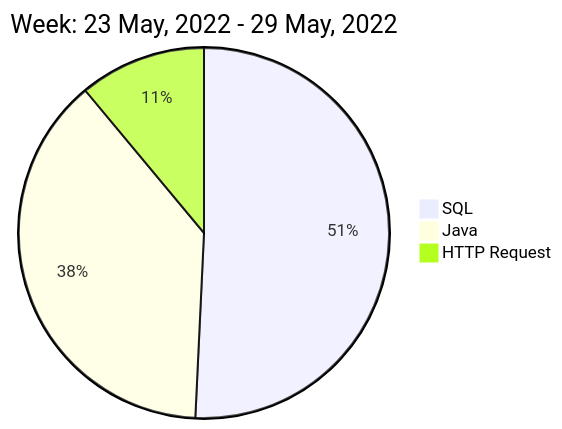
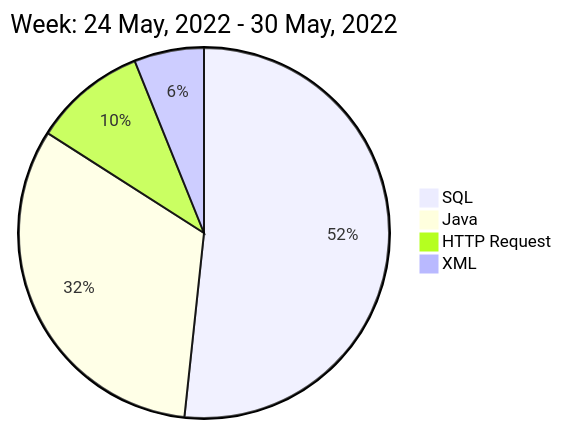
The diagram in README.md (liubin95/liubin95), drawn with Mermaid before and after one commit.

Commit message:
Updated the Graph with new Metrics

````diff
--- a/README.md
+++ b/README.md
@@ -40,7 +40,8 @@
 ```mermaid
  pie
-title Week: 23 May, 2022 - 29 May, 2022
- "SQL" : 9.87
- "Java" : 7.43
- "HTTP Request" : 2.15
+title Week: 24 May, 2022 - 30 May, 2022
+ "SQL" : 11.02
+ "Java" : 6.9
+ "HTTP Request" : 2.1
+ "XML" : 1.3
 ```
````
